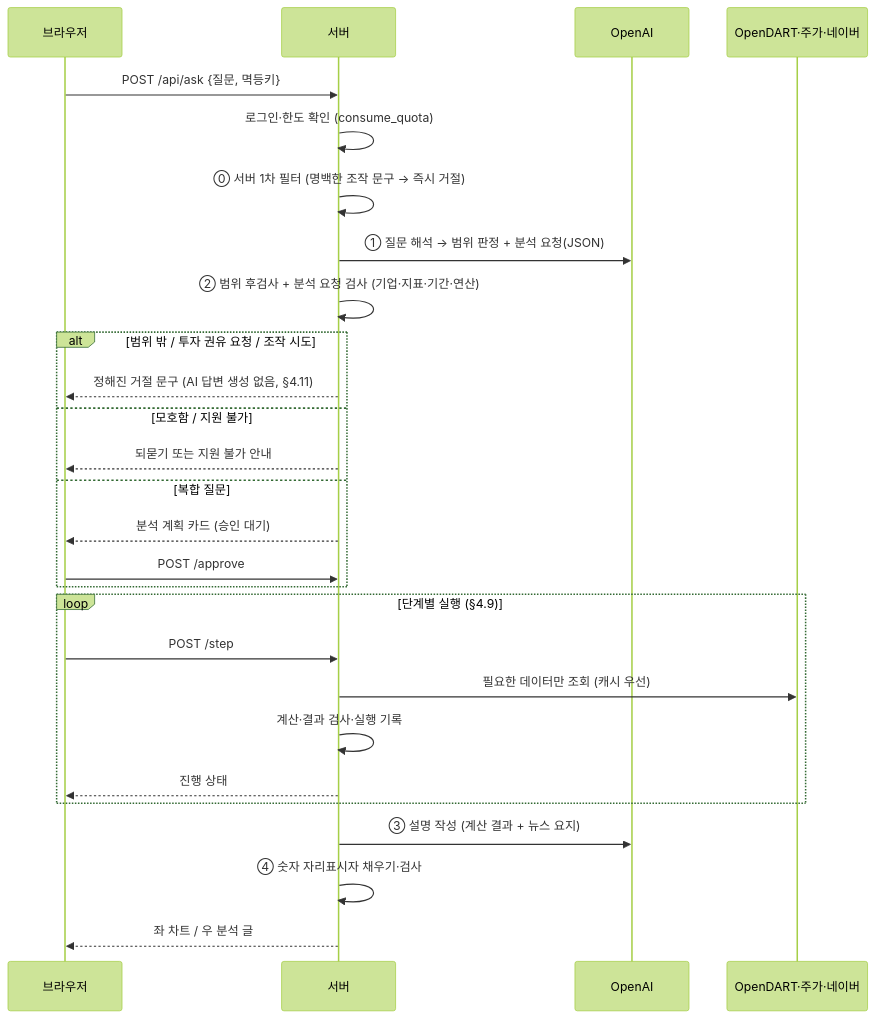
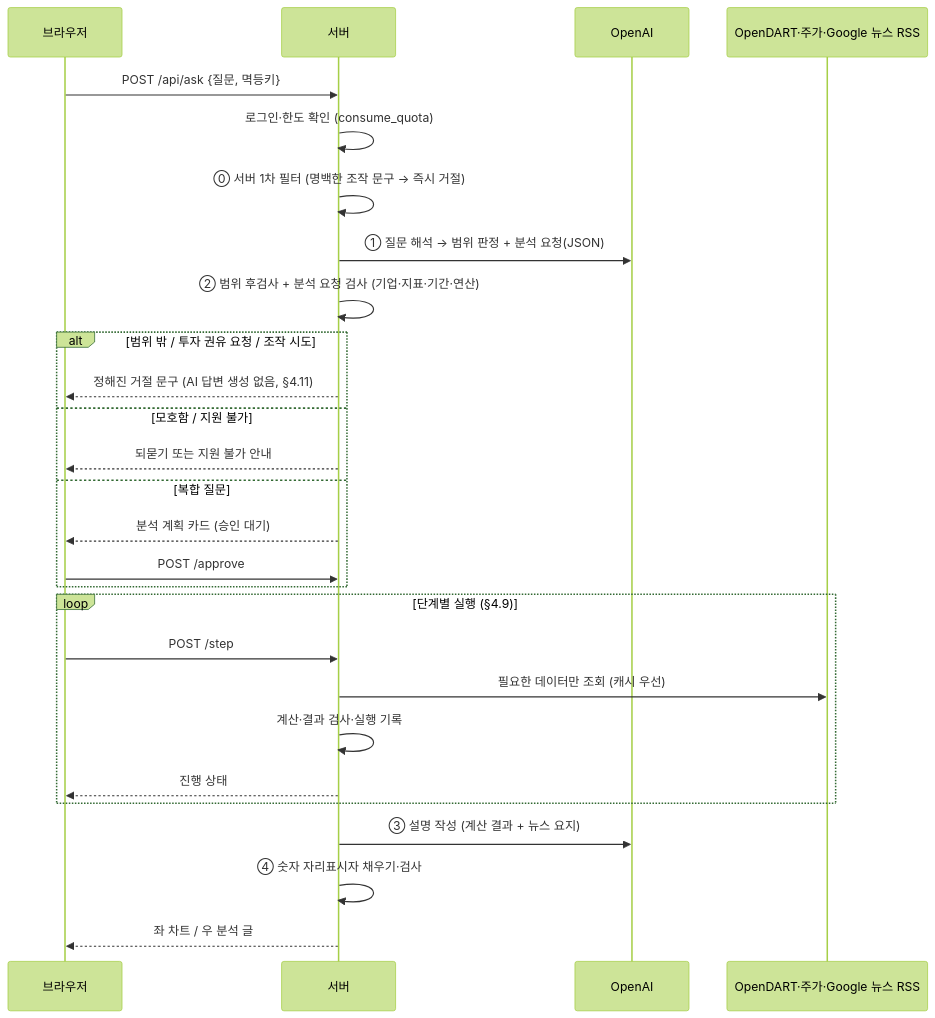
The second of 2 diagrams in DevelopDoc/TECH_SPEC.md (Benji5526/project_sleepyheads), drawn with Mermaid (forest theme) before and after one commit. The commit also changed other lines of this file and 18 other files, not shown here.

````diff
--- a/DevelopDoc/TECH_SPEC.md
+++ b/DevelopDoc/TECH_SPEC.md
@@ -149,29 +155,29 @@
 ```mermaid
 sequenceDiagram
     participant B as 브라우저
     participant S as 서버
     participant AI as OpenAI
-    participant EXT as OpenDART·주가·네이버
+    participant EXT as OpenDART·주가·Google 뉴스 RSS
     B->>S: POST /api/ask {질문, 멱등키}
     S->>S: 로그인·한도 확인 (consume_quota)
     S->>S: ⓪ 서버 1차 필터 (명백한 조작 문구 → 즉시 거절)
     S->>AI: ① 질문 해석 → 범위 판정 + 분석 요청(JSON)
     S->>S: ② 범위 후검사 + 분석 요청 검사 (기업·지표·기간·연산)
     alt 범위 밖 / 투자 권유 요청 / 조작 시도
         S-->>B: 정해진 거절 문구 (AI 답변 생성 없음, §4.11)
     else 모호함 / 지원 불가
         S-->>B: 되묻기 또는 지원 불가 안내
     else 복합 질문
         S-->>B: 분석 계획 카드 (승인 대기)
         B->>S: POST /approve
     end
     loop 단계별 실행 (§4.9)
         B->>S: POST /step
         S->>EXT: 필요한 데이터만 조회 (캐시 우선)
         S->>S: 계산·결과 검사·실행 기록
         S-->>B: 진행 상태
     end
     S->>AI: ③ 설명 작성 (계산 결과 + 뉴스 요지)
     S->>S: ④ 숫자 자리표시자 채우기·검사
     S-->>B: 좌 차트 / 우 분석 글
 ```
````
